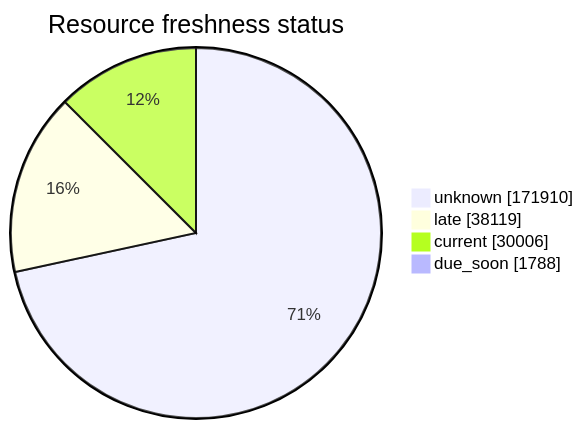
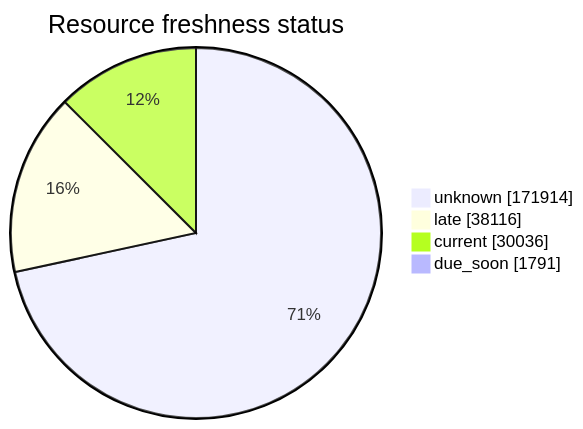
Before and after one commit to open-data/analytics-corporate-reporting: the third of 5 diagrams in FreshCheck/README.md, drawn with Mermaid. The commit also changed other lines of this file and 3 other files, not shown here.

````diff
--- a/FreshCheck/README.md
+++ b/FreshCheck/README.md
@@ -77,7 +77,7 @@
 ```mermaid
 pie showData title Resource freshness status
-    "unknown": 171910
-    "late": 38119
-    "current": 30006
-    "due_soon": 1788
+    "unknown": 171914
+    "late": 38116
+    "current": 30036
+    "due_soon": 1791
 ```
````
